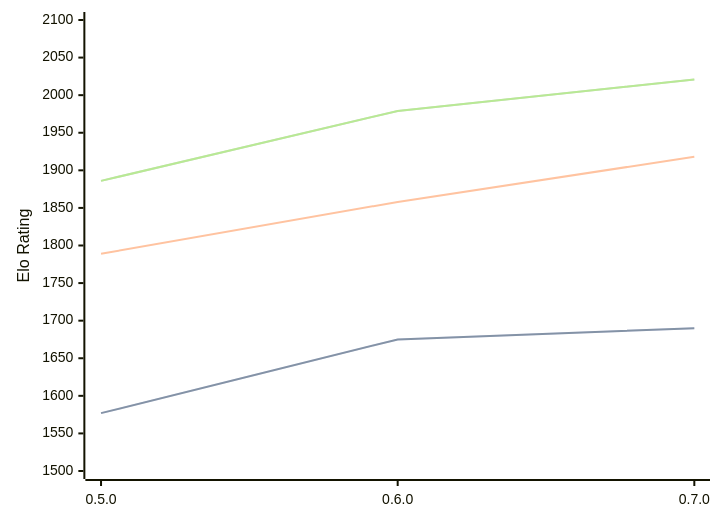
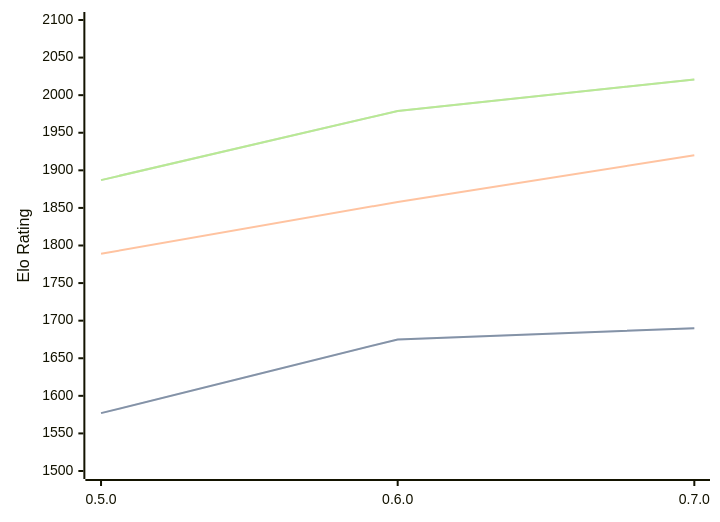
One commit to computer-chess-index/cci changed the diagram in engines/Chess-rs.md. Above: the diagram before and after it, drawn with Mermaid. The commit also changed other lines of this file, not shown here.

Commit message:
Update CCI Ratings (ELO VLTC) - 2026-05-22

````diff
--- a/engines/Chess-rs.md
+++ b/engines/Chess-rs.md
@@ -41,11 +41,11 @@
 ```mermaid
 %%{init: {"theme":"base","themeVariables":{"seriesColors:['#a3a3a3','#222221','#faa371']}}}%%
 xychart-beta
   x-axis ["0.5.0", "0.6.0", "0.7.0"]
   y-axis "Elo Rating" 1500 --> 2100
   line "STC (8.0+0.08s)" [1577, 1675, 1690]
   line "STC (8.0+0.08s)" [1577, 1675, 1690]
-  line "LTC (60.0+0.60s)" [1789, 1858, 1918]
-  line "VLTC (2m24s+1.12s)" [1886, 1979, 2021]
-  line "VLTC (2m24s+1.12s)" [1886, 1979, 2021]
+  line "LTC (60.0+0.60s)" [1789, 1858, 1920]
+  line "VLTC (2m24s+1.12s)" [1887, 1979, 2021]
+  line "VLTC (2m24s+1.12s)" [1887, 1979, 2021]
 ```
````
